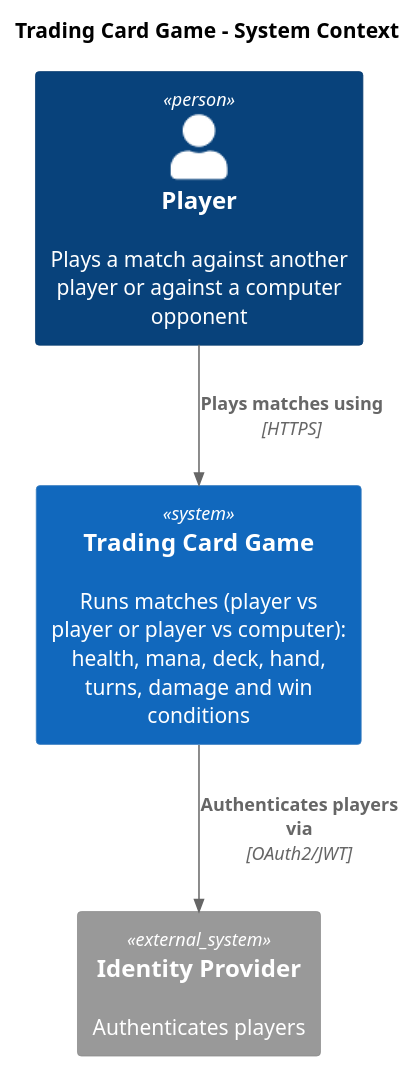
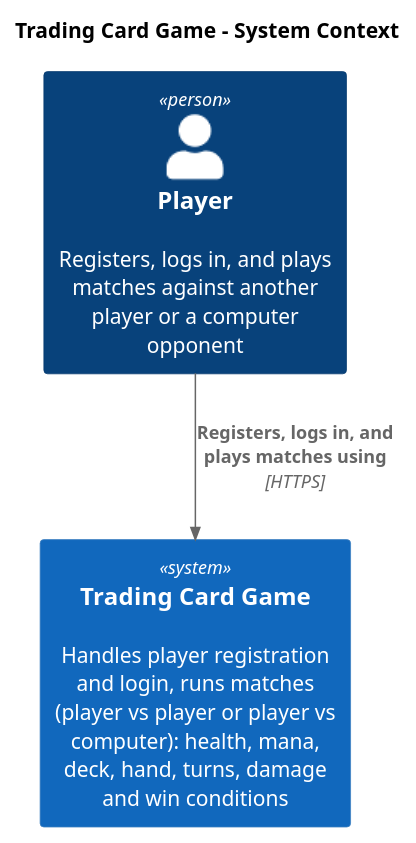
One commit to bagi002/agentic-sdlc-blagoje-milosevic changed the diagram in architecture/diagrams/c4-context.puml. Above: the diagram before and after it, drawn with PlantUML. The commit also changed 30 other files, not shown here.

First line of the commit message:
#3 docs(architecture): add full arc42 documentation, C4 diagrams, and architecture agent

```diff
--- a/architecture/diagrams/c4-context.puml
+++ b/architecture/diagrams/c4-context.puml
@@ -1,13 +1,11 @@
 @startuml c4-context
 !include https://raw.githubusercontent.com/plantuml-stdlib/C4-PlantUML/master/C4_Context.puml
 
 title Trading Card Game - System Context
 
-Person(player, "Player", "Plays a match against another player or against a computer opponent")
-System(tcg, "Trading Card Game", "Runs matches (player vs player or player vs computer): health, mana, deck, hand, turns, damage and win conditions")
-System_Ext(idp, "Identity Provider", "Authenticates players")
+Person(player, "Player", "Registers, logs in, and plays matches against another player or a computer opponent")
+System(tcg, "Trading Card Game", "Handles player registration and login, runs matches (player vs player or player vs computer): health, mana, deck, hand, turns, damage and win conditions")
 
-Rel(player, tcg, "Plays matches using", "HTTPS")
-Rel(tcg, idp, "Authenticates players via", "OAuth2/JWT")
+Rel(player, tcg, "Registers, logs in, and plays matches using", "HTTPS")
 
 @enduml
```
